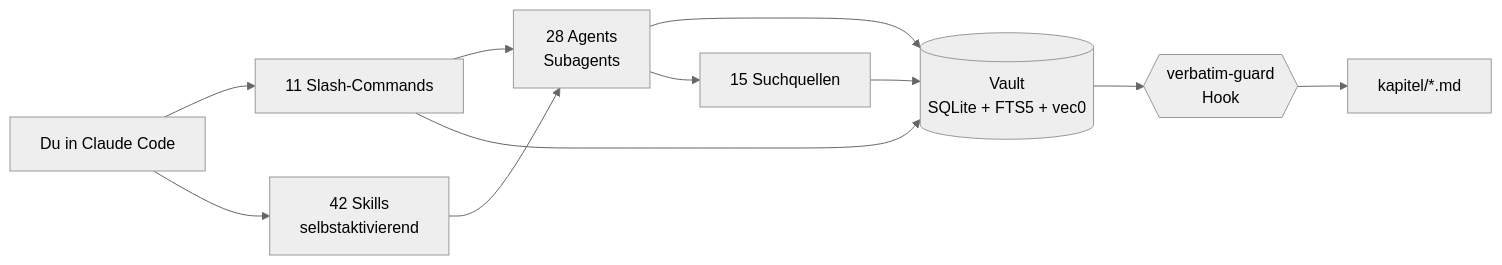
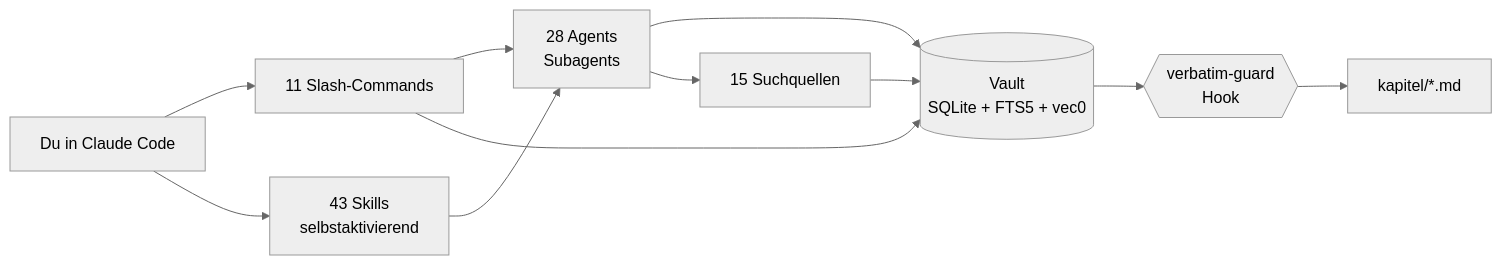
Before and after one commit to ahlerjam/academic-research: the diagram in README.md, drawn with Mermaid (neutral theme). The commit also changed other lines of this file and 17 other files, not shown here.

````diff
--- a/README.md
+++ b/README.md
@@ -78,13 +78,13 @@
 ```mermaid
 graph LR
     U[Du in Claude Code] --> C[11 Slash-Commands]
-    U --> S[42 Skills<br/>selbstaktivierend]
+    U --> S[43 Skills<br/>selbstaktivierend]
     C --> A[28 Agents<br/>Subagents]
     S --> A
     A --> V[(Vault<br/>SQLite + FTS5 + vec0)]
     C --> V
     A --> Q[15 Suchquellen]
     Q --> V
     V --> H{{verbatim-guard<br/>Hook}}
     H --> K[kapitel/*.md]
 ```
````
